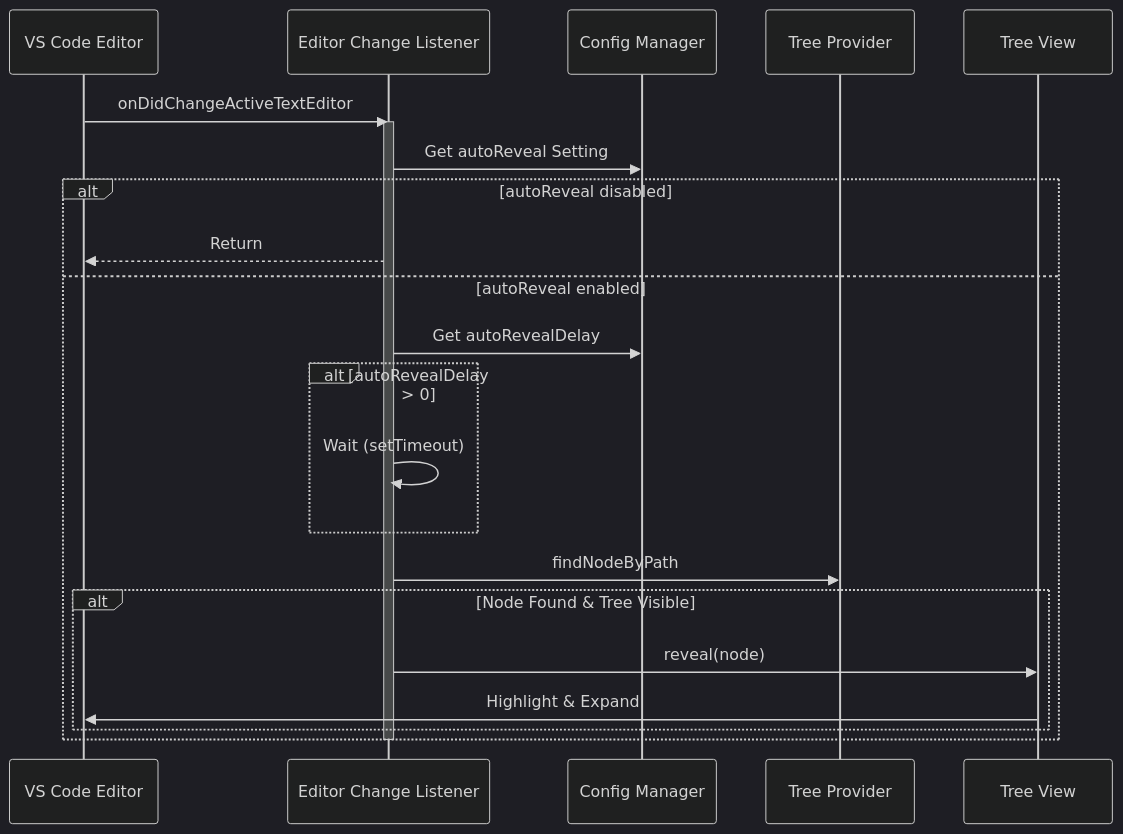
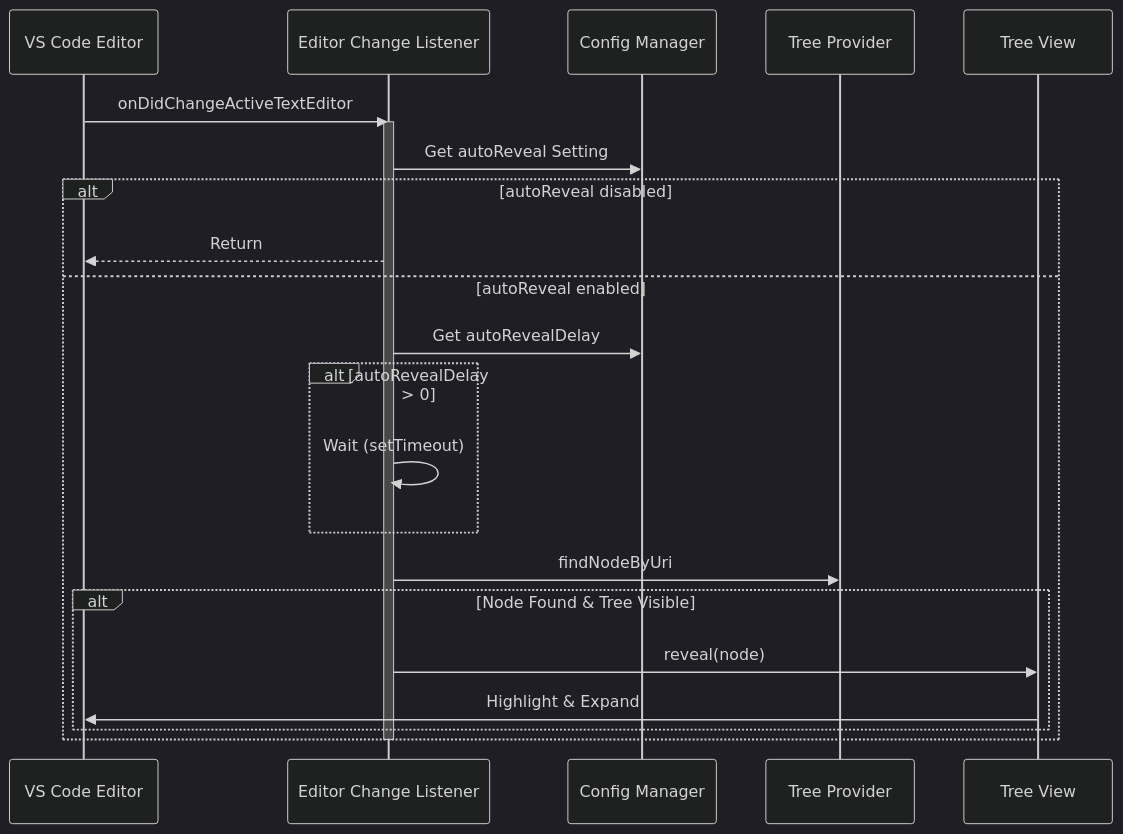
The diagram in docs/architecture/sync.md (AlexJSully/workspace-wiki), drawn with Mermaid (dark theme) before and after one commit. The commit also changed other lines of this file and 52 other files, not shown here.

````diff
--- a/docs/architecture/sync.md
+++ b/docs/architecture/sync.md
@@ -80,27 +80,27 @@
 ```mermaid
 sequenceDiagram
 	accTitle: Sync Module Active File Revelation Sequence
-	accDescr: Shows the sequence for auto-revealing the active file in the tree - the editor change listener reads autoReveal and autoRevealDelay settings, optionally waits, looks up the node by path, and calls treeView.reveal if the tree is visible.
+	accDescr: Shows the sequence for auto-revealing the active file in the tree - the editor change listener reads autoReveal and autoRevealDelay settings, optionally waits, looks up the node by URI, and calls treeView.reveal if the tree is visible.
 	participant VSCode as VS Code Editor
 	participant Listener as Editor Change Listener
 	participant Config as Config Manager
 	participant Tree as Tree Provider
 	participant View as Tree View
 	VSCode->>Listener: onDidChangeActiveTextEditor
 	activate Listener
 	Listener->>Config: Get autoReveal Setting
 	alt autoReveal disabled
 		Listener-->>VSCode: Return
 	else autoReveal enabled
 		Listener->>Config: Get autoRevealDelay
 		alt autoRevealDelay > 0
 			Listener->>Listener: Wait (setTimeout)
 		end
-		Listener->>Tree: findNodeByPath
+		Listener->>Tree: findNodeByUri
 		alt Node Found & Tree Visible
 			Listener->>View: reveal(node)
 			View->>VSCode: Highlight & Expand
 		end
 	end
 	deactivate Listener
 ```
````
